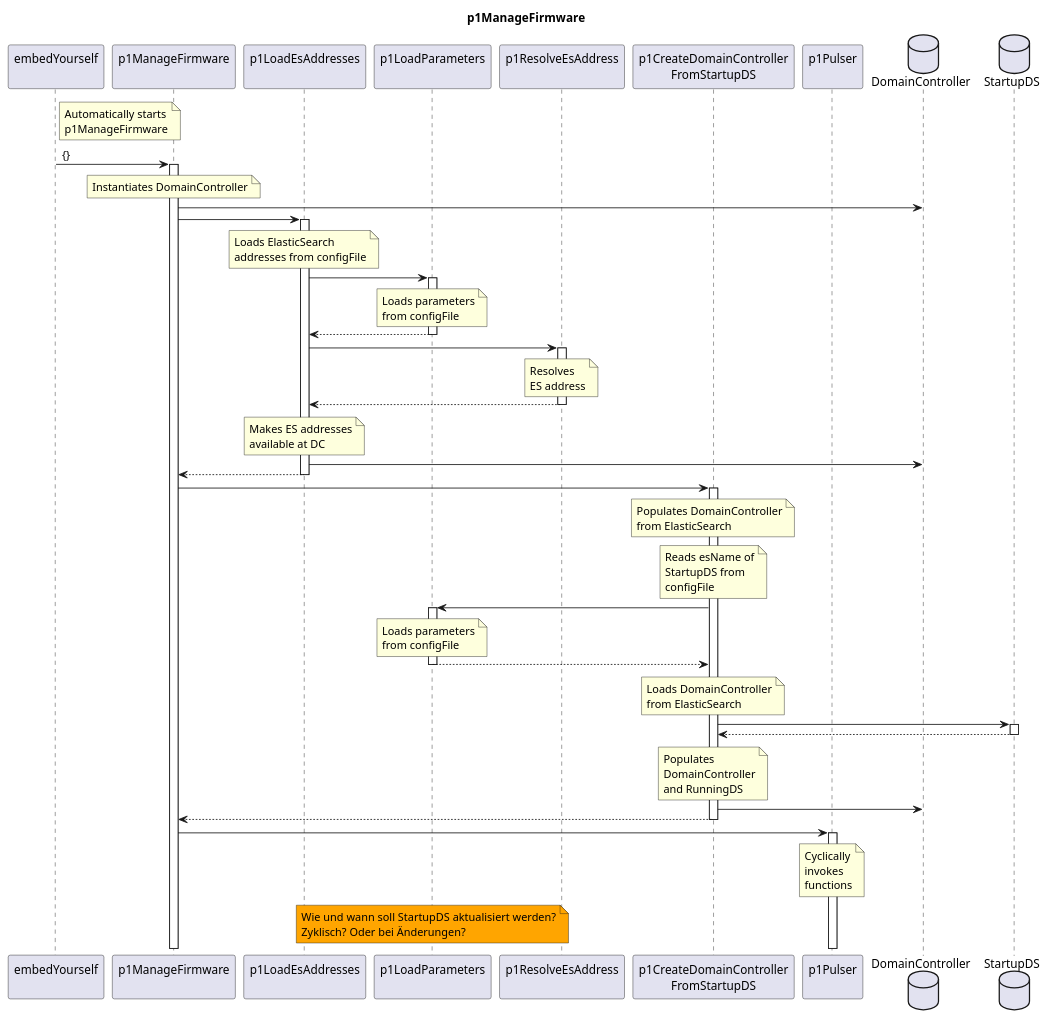
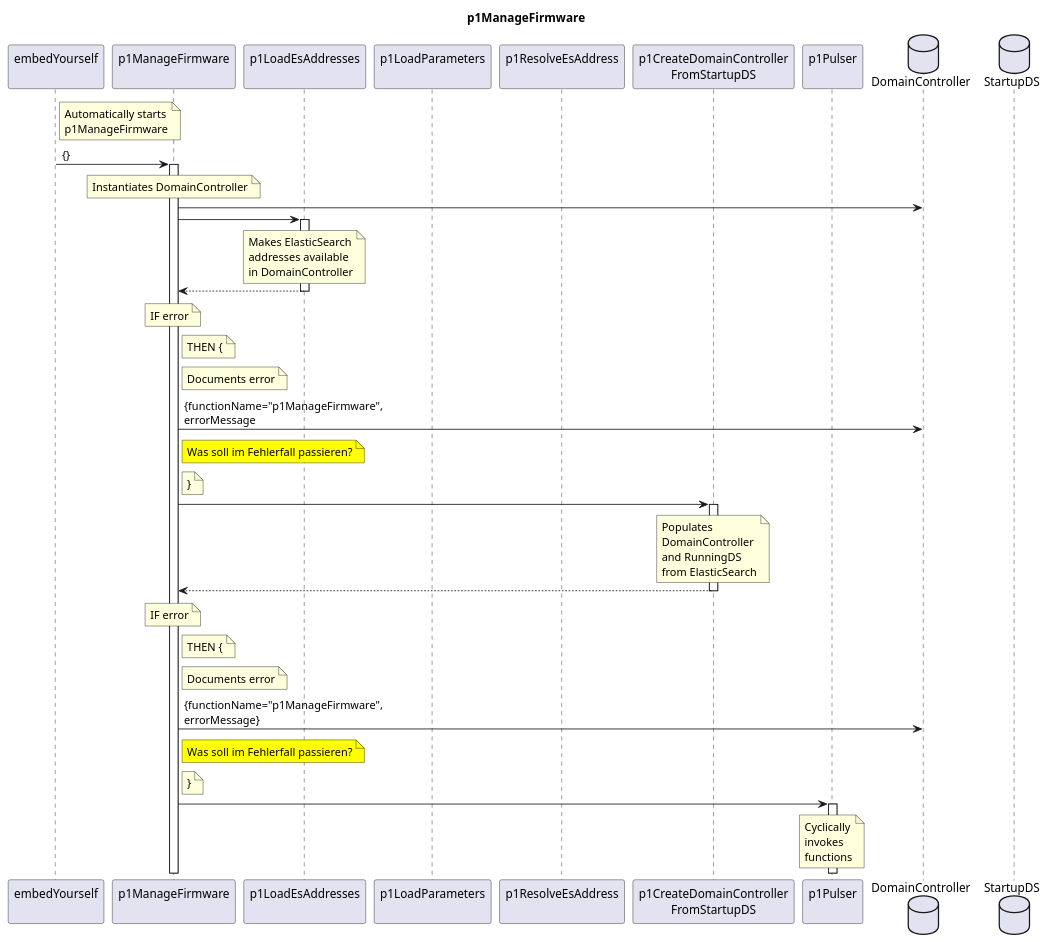
Before and after one commit to openBackhaul/FirmWareManager: the diagram in spec/Functions/Administrative/p1ManageFirmware/1.0.0/p1ManageFirmware.plantuml, drawn with PlantUML. The commit also changed 15 other files, not shown here.

```diff
--- a/spec/Functions/Administrative/p1ManageFirmware/1.0.0/p1ManageFirmware.plantuml
+++ b/spec/Functions/Administrative/p1ManageFirmware/1.0.0/p1ManageFirmware.plantuml
@@ -1,112 +1,91 @@
 @startuml p1ManageFirmware
 skinparam responseMessageBelowArrow true
 
 title
   p1ManageFirmware
 end title
 
 participant "embedYourself\n" as embed
 participant "p1ManageFirmware\n" as p1ManaFw
 participant "p1LoadEsAddresses\n" as p1LEA
 participant "p1LoadParameters\n" as p1LP
 participant "p1ResolveEsAddress\n" as p1REA
 participant "p1CreateDomainController\nFromStartupDS" as p1CDCFS
 participant "p1Pulser\n" as p1Puls
 database "DomainController" as DC
 database "StartupDS" as StartDS
 
 note right embed
   Automatically starts
   p1ManageFirmware
 end note
 embed -> p1ManaFw : {}
 activate p1ManaFw
 
   note over p1ManaFw
     Instantiates DomainController
   end note
   p1ManaFw -> DC
 
   p1ManaFw -> p1LEA
   activate p1LEA
     note over p1LEA
-      Loads ElasticSearch
-      addresses from configFile
+      Makes ElasticSearch
+      addresses available
+      in DomainController
     end note
-    p1LEA -> p1LP
-    activate p1LP
-      note over p1LP
-        Loads parameters
-        from configFile
-      end note
-    p1LEA <-- p1LP
-    deactivate p1LP
-    p1LEA -> p1REA
-    activate p1REA
-      note over p1REA
-        Resolves
-        ES address
-      end note
-    p1LEA <-- p1REA
-    deactivate p1REA
-    note over p1LEA
-      Makes ES addresses
-      available at DC
-    end note
-    p1LEA -> DC
   p1ManaFw <-- p1LEA
   deactivate p1LEA
+  note over p1ManaFw
+    IF error
+  end note
+  note right p1ManaFw
+    THEN {
+  end note
+  note right p1ManaFw
+    Documents error
+  end note
+  p1ManaFw -> DC: {functionName="p1ManageFirmware",\nerrorMessage
+  note right p1ManaFw #Yellow
+    Was soll im Fehlerfall passieren?
+  end note
+  note right p1ManaFw
+    }
+  end note
 
   p1ManaFw -> p1CDCFS
   activate p1CDCFS
     note over p1CDCFS
-      Populates DomainController
-      from ElasticSearch
-    end note
-
-    note over p1CDCFS
-      Reads esName of
-      StartupDS from
-      configFile
-    end note
-    p1CDCFS -> p1LP
-    activate p1LP
-      note over p1LP
-        Loads parameters
-        from configFile
-      end note
-    p1CDCFS <-- p1LP
-    deactivate p1LP
-
-    note over p1CDCFS
-      Loads DomainController
-      from ElasticSearch
-    end note
-    p1CDCFS -> StartDS
-    activate StartDS
-    p1CDCFS <-- StartDS
-    deactivate StartDS
-
-    note over p1CDCFS
       Populates
       DomainController
       and RunningDS
+      from ElasticSearch
     end note
-    p1CDCFS -> DC
   p1ManaFw <-- p1CDCFS
   deactivate p1CDCFS
+  note over p1ManaFw
+    IF error
+  end note
+  note right p1ManaFw
+    THEN {
+  end note
+  note right p1ManaFw
+    Documents error
+  end note
+  p1ManaFw -> DC: {functionName="p1ManageFirmware",\nerrorMessage}
+  note right p1ManaFw #Yellow
+    Was soll im Fehlerfall passieren?
+  end note
+  note right p1ManaFw
+    }
+  end note
   
   p1ManaFw -> p1Puls
   activate p1Puls
     note over p1Puls
       Cyclically
       invokes
       functions
     end note
 
-  note over p1LP #Orange
-    Wie und wann soll StartupDS aktualisiert werden?
-    Zyklisch? Oder bei Änderungen?
-  end note
-
 @enduml
```
